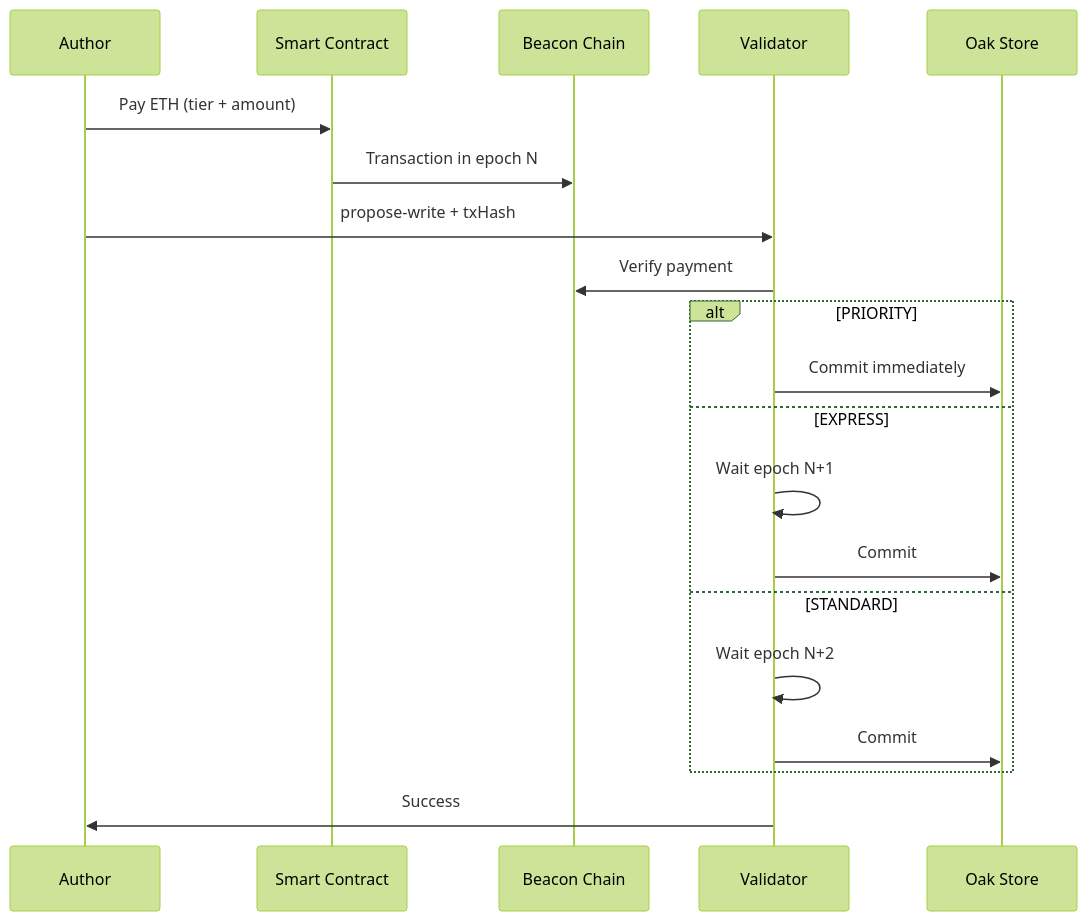
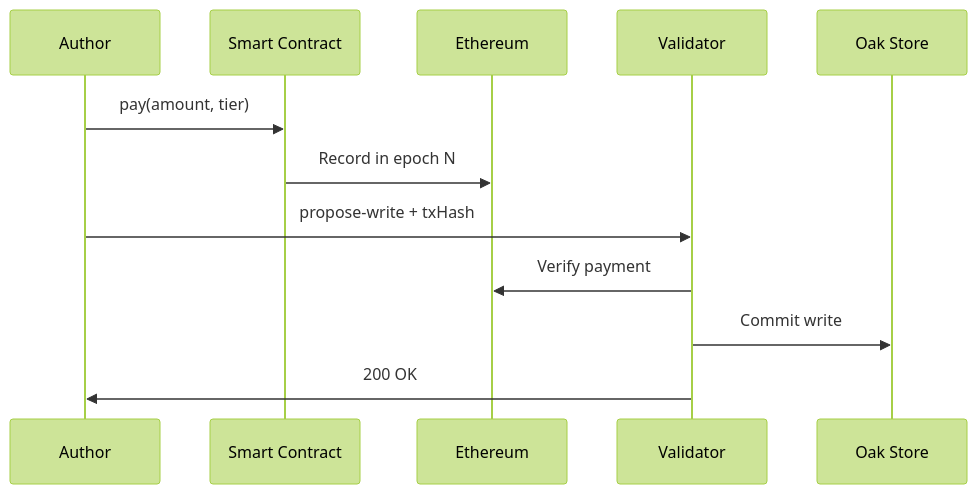
Before and after one commit to somarc/oak-chain-docs: the diagram in guide/economics.md, drawn with Mermaid (forest theme). The commit also changed other lines of this file and 4 other files, not shown here.

````diff
--- a/guide/economics.md
+++ b/guide/economics.md
@@ -32,25 +15,15 @@
 ```mermaid
 sequenceDiagram
     participant A as Author
     participant SC as Smart Contract
-    participant BC as Beacon Chain
+    participant ETH as Ethereum
     participant V as Validator
     participant Oak as Oak Store
     
-    A->>SC: Pay ETH (tier + amount)
-    SC->>BC: Transaction in epoch N
+    A->>SC: pay(amount, tier)
+    SC->>ETH: Record in epoch N
     A->>V: propose-write + txHash
-    V->>BC: Verify payment
-    
-    alt PRIORITY
-        V->>Oak: Commit immediately
-    else EXPRESS
-        V->>V: Wait epoch N+1
-        V->>Oak: Commit
-    else STANDARD
-        V->>V: Wait epoch N+2
-        V->>Oak: Commit
-    end
-    
-    V->>A: Success
+    V->>ETH: Verify payment
+    V->>Oak: Commit write
+    V->>A: 200 OK
 ```
````
